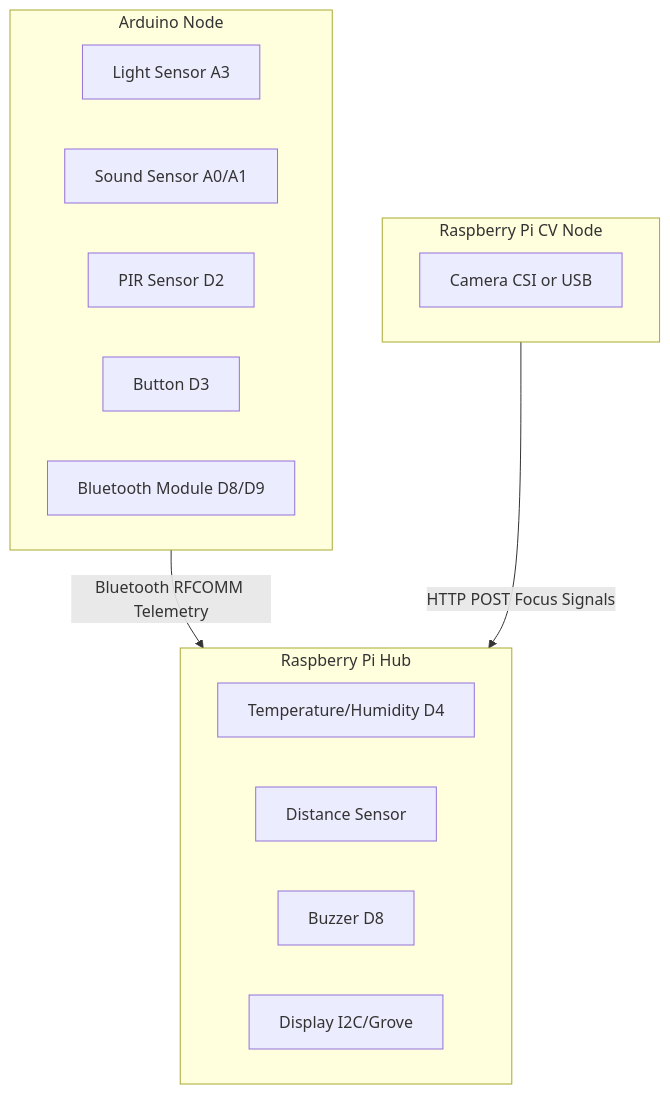
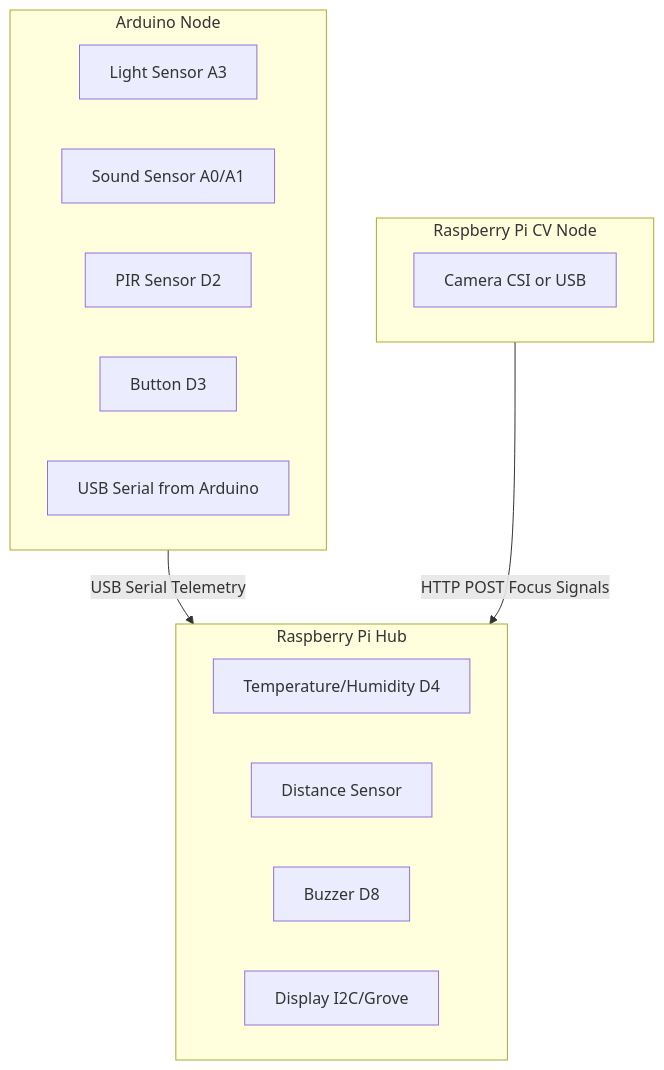
Before and after one commit to MichalisCYP/CMT223: the second of 2 diagrams in docs/2. Architecture and Design/SystemArchitecture.md, drawn with Mermaid. The commit also changed other lines of this file and 15 other files, not shown here.

Commit message:
usb serial over bluetooth - more stable

````diff
--- a/docs/2. Architecture and Design/SystemArchitecture.md
+++ b/docs/2. Architecture and Design/SystemArchitecture.md
@@ -150,24 +150,24 @@
 ```mermaid
 flowchart TB
     subgraph ARD[Arduino Node]
         ALS[Light Sensor A3]
         ASD[Sound Sensor A0/A1]
         APIR[PIR Sensor D2]
         ABTN[Button D3]
-        ABT[Bluetooth Module D8/D9]
+        ABT[USB Serial from Arduino]
     end
 
     subgraph HUB[Raspberry Pi Hub]
         HTEMP[Temperature/Humidity D4]
         HDIST[Distance Sensor]
         HBUZ[Buzzer D8]
         HDIS[Display I2C/Grove]
     end
 
     subgraph CV[Raspberry Pi CV Node]
         CAM[Camera CSI or USB]
     end
 
-    ARD -->|Bluetooth RFCOMM Telemetry| HUB
+    ARD -->|USB Serial Telemetry| HUB
     CV -->|HTTP POST Focus Signals| HUB
 ```
````
